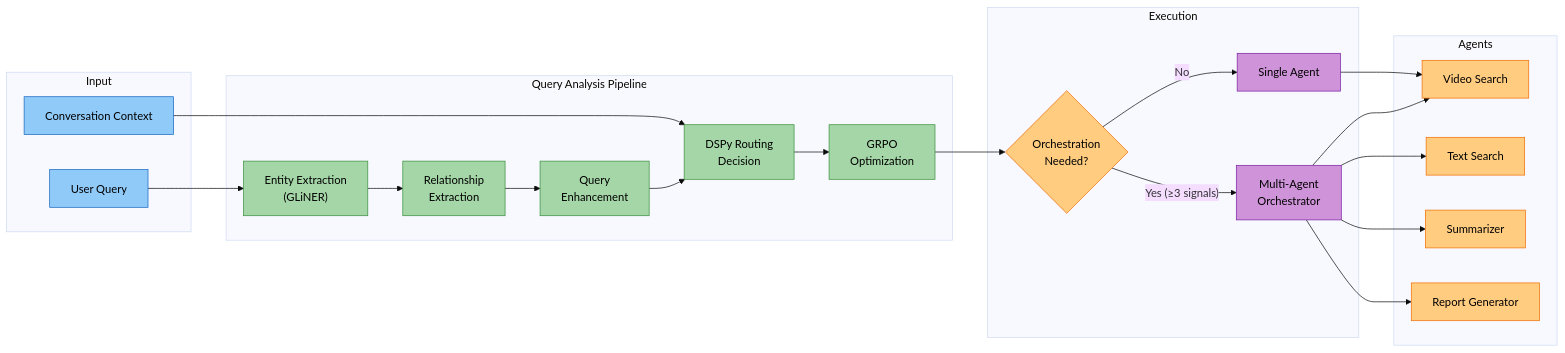
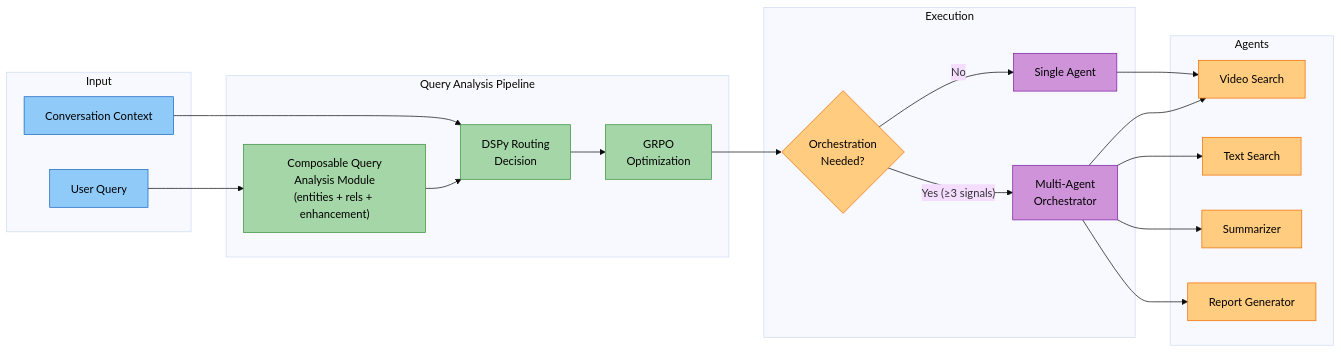
One commit to amit-jain/cogniverse changed the first of 5 diagrams in docs/architecture/intelligent-query-routing.md. Above: the diagram before and after it, drawn with Mermaid (base theme). The commit also changed other lines of this file and 18 other files, not shown here.

First line of the commit message:
Replace QueryRewriter with composable two-path DSPy query analysis module

````diff
--- a/docs/architecture/intelligent-query-routing.md
+++ b/docs/architecture/intelligent-query-routing.md
@@ -19,51 +19,47 @@
 ```mermaid
 graph LR
     subgraph Input
         Q["<span style='color:#000'>User Query</span>"]
         CTX["<span style='color:#000'>Conversation Context</span>"]
     end
 
     subgraph "Query Analysis Pipeline"
-        NER["<span style='color:#000'>Entity Extraction<br/>(GLiNER)</span>"]
-        REL["<span style='color:#000'>Relationship<br/>Extraction</span>"]
-        ENH["<span style='color:#000'>Query<br/>Enhancement</span>"]
+        CQA["<span style='color:#000'>Composable Query<br/>Analysis Module<br/>(entities + rels + enhancement)</span>"]
         DSPy["<span style='color:#000'>DSPy Routing<br/>Decision</span>"]
         GRPO["<span style='color:#000'>GRPO<br/>Optimization</span>"]
     end
 
     subgraph "Execution"
         OD{"<span style='color:#000'>Orchestration<br/>Needed?</span>"}
         SA["<span style='color:#000'>Single Agent</span>"]
         MAO["<span style='color:#000'>Multi-Agent<br/>Orchestrator</span>"]
     end
 
     subgraph "Agents"
         VS["<span style='color:#000'>Video Search</span>"]
         TS["<span style='color:#000'>Text Search</span>"]
         SUM["<span style='color:#000'>Summarizer</span>"]
         RPT["<span style='color:#000'>Report Generator</span>"]
     end
 
-    Q --> NER
+    Q --> CQA
     CTX --> DSPy
-    NER --> REL --> ENH --> DSPy --> GRPO
+    CQA --> DSPy --> GRPO
     GRPO --> OD
     OD -- "No" --> SA --> VS
     OD -- "Yes (≥3 signals)" --> MAO
     MAO --> VS & TS & SUM & RPT
 
     style Q fill:#90caf9,stroke:#1565c0,color:#000
     style CTX fill:#90caf9,stroke:#1565c0,color:#000
-    style NER fill:#a5d6a7,stroke:#388e3c,color:#000
-    style REL fill:#a5d6a7,stroke:#388e3c,color:#000
-    style ENH fill:#a5d6a7,stroke:#388e3c,color:#000
+    style CQA fill:#a5d6a7,stroke:#388e3c,color:#000
     style DSPy fill:#a5d6a7,stroke:#388e3c,color:#000
     style GRPO fill:#a5d6a7,stroke:#388e3c,color:#000
     style OD fill:#ffcc80,stroke:#ef6c00,color:#000
     style SA fill:#ce93d8,stroke:#7b1fa2,color:#000
     style MAO fill:#ce93d8,stroke:#7b1fa2,color:#000
     style VS fill:#ffcc80,stroke:#ef6c00,color:#000
     style TS fill:#ffcc80,stroke:#ef6c00,color:#000
     style SUM fill:#ffcc80,stroke:#ef6c00,color:#000
     style RPT fill:#ffcc80,stroke:#ef6c00,color:#000
 ```
````
